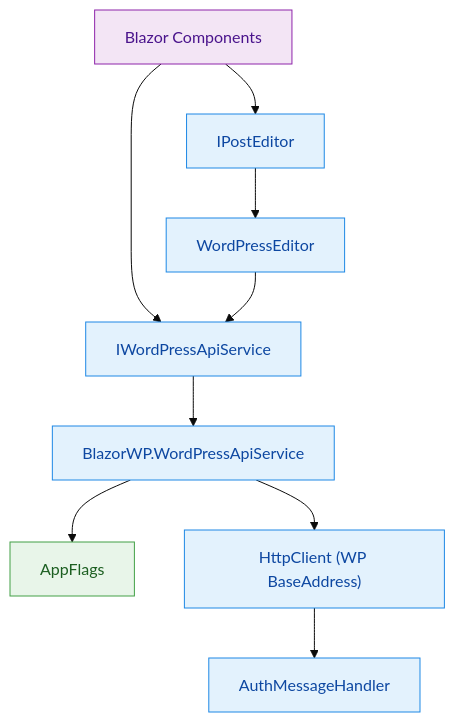
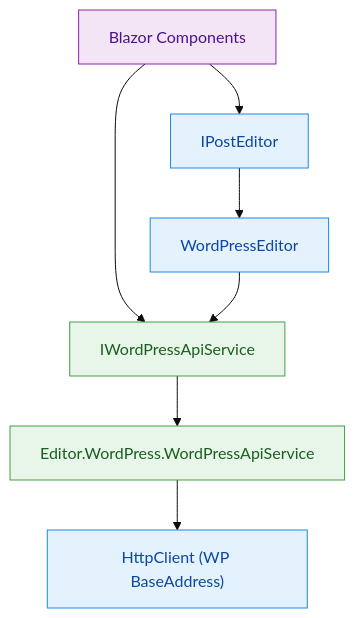
Before and after one commit to tng-coop/wp-yasuaki: the first of 2 diagrams in e2e/blazor_wp_di_hierarchy_mermaid.md, drawn with Mermaid (base theme). The commit also changed other lines of this file and 13 other files, not shown here.

Commit message:
Unify WordPress API service and adopt .NET 9 HTTP features

````diff
--- a/e2e/blazor_wp_di_hierarchy_mermaid.md
+++ b/e2e/blazor_wp_di_hierarchy_mermaid.md
@@ -8,35 +8,31 @@
 ```mermaid
 graph TD
   %% Styles
   classDef scoped fill:#e3f2fd,stroke:#1e88e5,color:#0d47a1;
   classDef singleton fill:#e8f5e9,stroke:#43a047,color:#1b5e20;
   classDef component fill:#f3e5f5,stroke:#8e24aa,color:#4a148c;
 
   C["Blazor Components"]:::component
 
-  Flags["AppFlags"]:::singleton
-  AMH["AuthMessageHandler"]:::scoped
   HCWP["HttpClient (WP BaseAddress)"]:::scoped
 
-  IApi["IWordPressApiService"]:::scoped
-  %% app-provided implementation used in Blazor app
-  Api["BlazorWP.WordPressApiService"]:::scoped
+  IApi["IWordPressApiService"]:::singleton
+  %% unified implementation from WPDI
+  Api["Editor.WordPress.WordPressApiService"]:::singleton
 
   IEditor["IPostEditor"]:::scoped
   Editor["WordPressEditor"]:::scoped
 
   %% Consumers
   C --> IApi
   C --> IEditor
 
   %% API chain
   IApi --> Api
   Api --> HCWP
-  HCWP --> AMH
-  Api --> Flags
 
   %% Editor depends on IWordPressApiService
   IEditor --> Editor
   Editor --> IApi
 
 ```
````
